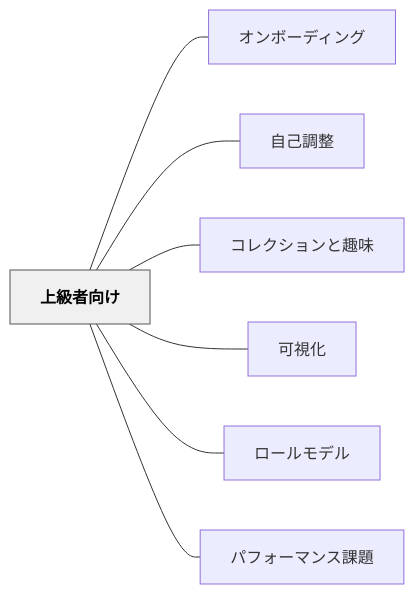
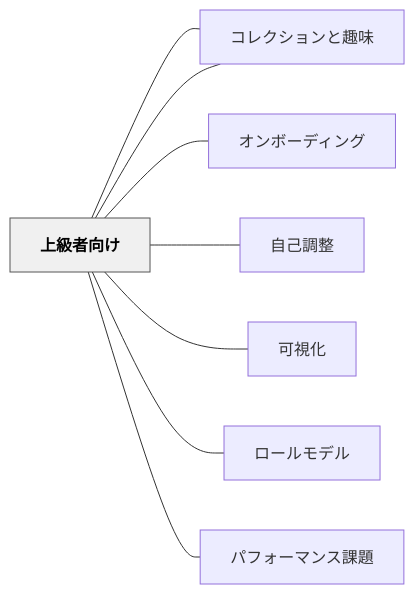
Before and after one commit to unknownthings-ed-patterns/unknownthings-ed-patterns: the diagram in content/パタン/上級者向け.md, drawn with Mermaid. The commit also changed other lines of this file and 473 other files, not shown here.

````diff
--- a/content/パタン/上級者向け.md
+++ b/content/パタン/上級者向け.md
@@ -81,20 +82,22 @@
 ```mermaid
 flowchart LR
     ne4b88ae7b49a["上級者向け"]
+    ne382b3e383ac["コレクション"]
     ne382aae383b3["オンボーディング"]
     ne887aae5b7b1["自己調整"]
     ne382b3e383ac["コレクションと趣味"]
     ne58fafe8a696["可視化"]
     ne383ade383bc["ロールモデル"]
     ne38391e38395["パフォーマンス課題"]
 
+    ne4b88ae7b49a --- ne382b3e383ac
     ne4b88ae7b49a --- ne382aae383b3
     ne4b88ae7b49a --- ne887aae5b7b1
     ne4b88ae7b49a --- ne382b3e383ac
     ne4b88ae7b49a --- ne58fafe8a696
     ne4b88ae7b49a --- ne383ade383bc
     ne4b88ae7b49a --- ne38391e38395
 
     classDef hub fill:#f0f0f0,stroke:#555,color:#000,font-weight:bold
     class ne4b88ae7b49a hub
 ```
````
